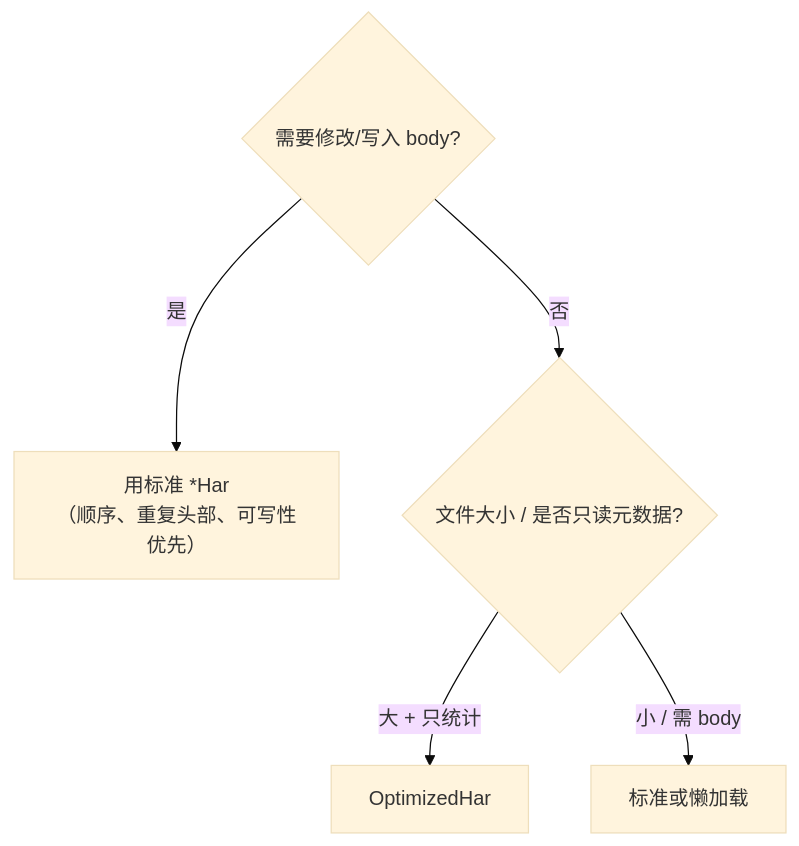
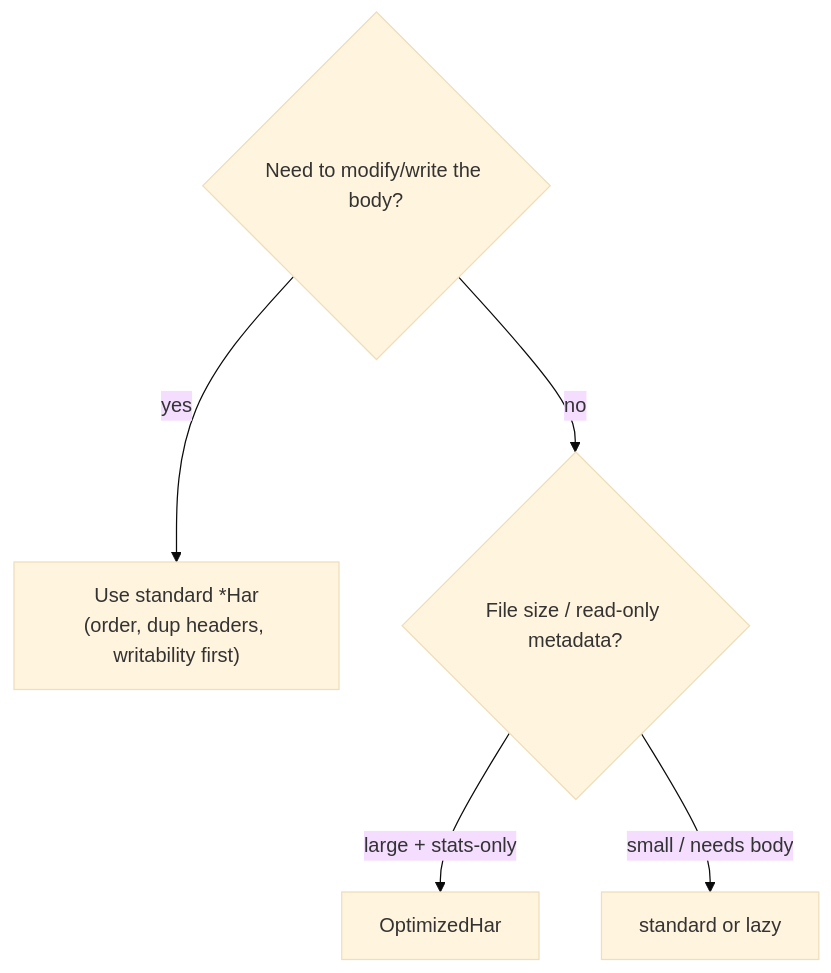
The fourth of 4 diagrams in website/zh/internals/memory-optimized.md (hitechcloud-vietnam/har-skills), drawn with Mermaid (base theme) before and after one commit. The commit also changed other lines of this file and 97 other files, not shown here.

````diff
--- a/website/zh/internals/memory-optimized.md
+++ b/website/zh/internals/memory-optimized.md
@@ -262,8 +262,8 @@
 ```mermaid
 flowchart TD
-  Q1{"需要修改/写入 body?"}
-  Q1 -->|"是"| STD["用标准 *Har<br/>（顺序、重复头部、可写性优先）"]
-  Q1 -->|"否"| Q2{"文件大小 / 是否只读元数据?"}
-  Q2 -->|"大 + 只统计"| OPT["OptimizedHar"]
-  Q2 -->|"小 / 需 body"| LAZY["标准或懒加载"]
+  Q1{"Need to modify/write the body?"}
+  Q1 -->|"yes"| STD["Use standard *Har<br/>(order, dup headers, writability first)"]
+  Q1 -->|"no"| Q2{"File size / read-only metadata?"}
+  Q2 -->|"large + stats-only"| OPT["OptimizedHar"]
+  Q2 -->|"small / needs body"| LAZY["standard or lazy"]
 ```
````
